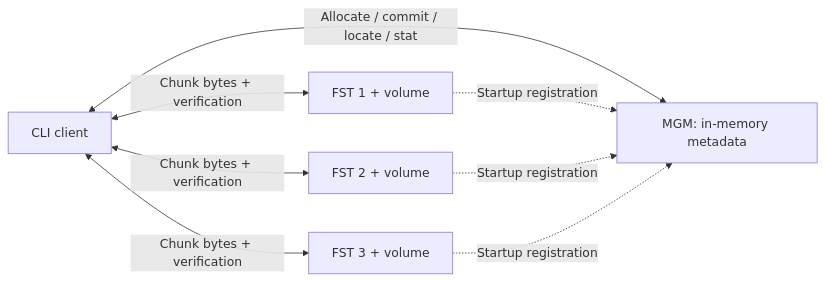
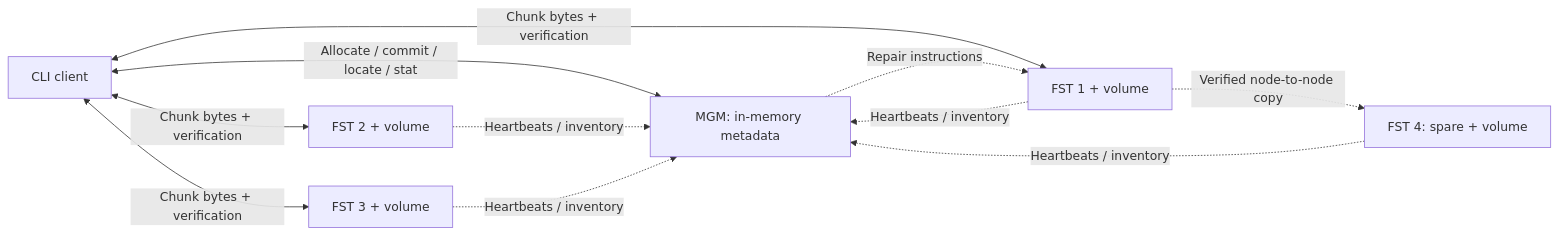
The diagram in README.md (IV-cmd/distributed-object-store), drawn with Mermaid before and after one commit. The commit also changed other lines of this file and 20 other files, not shown here.

````diff
--- a/README.md
+++ b/README.md
@@ -13,10 +13,13 @@
 ```mermaid
 flowchart LR
     client[CLI client] <-->|Allocate / commit / locate / stat| mgm[MGM: in-memory metadata]
     client <-->|Chunk bytes + verification| fst1[FST 1 + volume]
     client <-->|Chunk bytes + verification| fst2[FST 2 + volume]
     client <-->|Chunk bytes + verification| fst3[FST 3 + volume]
-    fst1 -. Startup registration .-> mgm
-    fst2 -. Startup registration .-> mgm
-    fst3 -. Startup registration .-> mgm
+    mgm -. Repair instructions .-> fst1
+    fst1 -. Verified node-to-node copy .-> fst4[FST 4: spare + volume]
+    fst1 -. Heartbeats / inventory .-> mgm
+    fst2 -. Heartbeats / inventory .-> mgm
+    fst3 -. Heartbeats / inventory .-> mgm
+    fst4 -. Heartbeats / inventory .-> mgm
 ```
````
